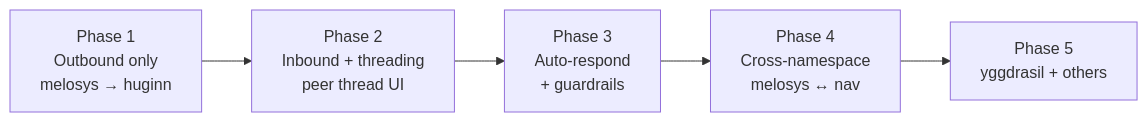
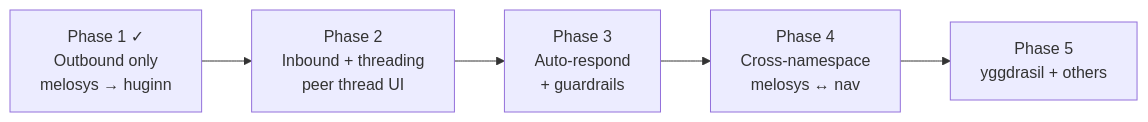
Before and after one commit to RuneLind/muninn: the fifth of 5 diagrams in docs/hivemind-integration-plan.md, drawn with Mermaid. The commit also changed other lines of this file, not shown here.

First line of the commit message:
Mark hivemind plan Phase 1 done, refine Phase 2 acceptance criteria

````diff
--- a/docs/hivemind-integration-plan.md
+++ b/docs/hivemind-integration-plan.md
@@ -284,7 +284,7 @@
 ```mermaid
 graph LR
-    P1[Phase 1<br/>Outbound only<br/>melosys → huginn] --> P2[Phase 2<br/>Inbound + threading<br/>peer thread UI]
+    P1[Phase 1 ✓<br/>Outbound only<br/>melosys → huginn] --> P2[Phase 2<br/>Inbound + threading<br/>peer thread UI]
     P2 --> P3[Phase 3<br/>Auto-respond<br/>+ guardrails]
     P3 --> P4[Phase 4<br/>Cross-namespace<br/>melosys ↔ nav]
     P4 --> P5[Phase 5<br/>yggdrasil + others]
 ```
````
